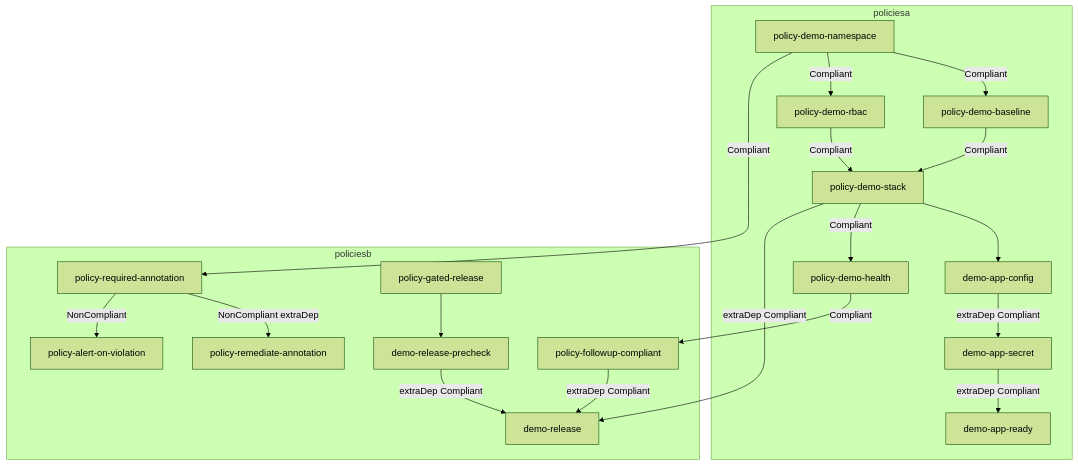
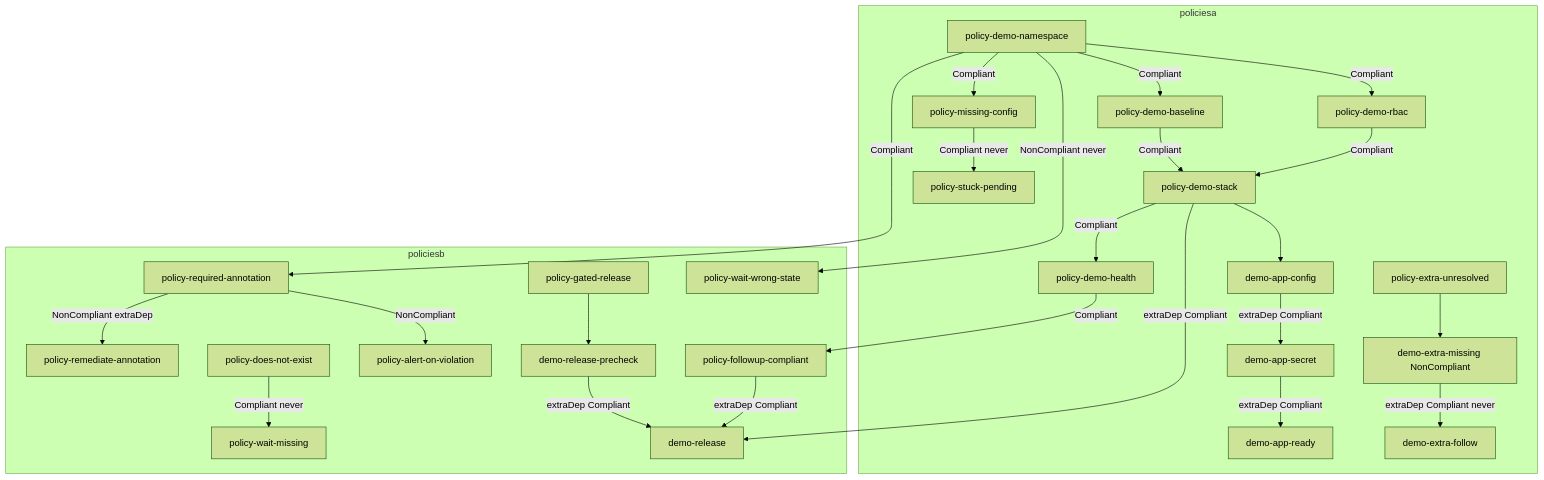
Before and after one commit to ch-stark/policydependencydemo: the first of 2 diagrams in README.md, drawn with Mermaid (forest theme). The commit also changed other lines of this file and 8 other files, not shown here.

First line of the commit message:
Add PolicySets that stay NonCompliant and Pending when dependencies never resolve.

````diff
--- a/README.md
+++ b/README.md
@@ -30,34 +35,45 @@
 ```mermaid
 flowchart TD
   subgraph policiesa["policiesa"]
     ns[policy-demo-namespace]
     base[policy-demo-baseline]
     rbac[policy-demo-rbac]
     stack[policy-demo-stack]
     health[policy-demo-health]
+    missing[policy-missing-config]
+    stuck[policy-stuck-pending]
+    extra[policy-extra-unresolved]
     ns -->|Compliant| base
     ns -->|Compliant| rbac
     base -->|Compliant| stack
     rbac -->|Compliant| stack
     cfg[demo-app-config] -->|extraDep Compliant| secret[demo-app-secret]
     secret -->|extraDep Compliant| ready[demo-app-ready]
     stack --> cfg
     stack -->|Compliant| health
+    ns -->|Compliant| missing
+    missing -->|Compliant never| stuck
+    extraCheck[demo-extra-missing NonCompliant] -->|extraDep Compliant never| extraFollow[demo-extra-follow]
+    extra --> extraCheck
   end
 
   subgraph policiesb["policiesb"]
     check[policy-required-annotation]
     rem[policy-remediate-annotation]
     follow[policy-followup-compliant]
     alert[policy-alert-on-violation]
     gated[policy-gated-release]
+    waitMissing[policy-wait-missing]
+    waitWrong[policy-wait-wrong-state]
     ns -->|Compliant| check
     check -->|NonCompliant extraDep| rem
     check -->|NonCompliant| alert
     health -->|Compliant| follow
     pre[demo-release-precheck] -->|extraDep Compliant| rel[demo-release]
     stack -->|extraDep Compliant| rel
     follow -->|extraDep Compliant| rel
     gated --> pre
+    missingPolicy[policy-does-not-exist] -->|Compliant never| waitMissing
+    ns -->|NonCompliant never| waitWrong
   end
 ```
````
